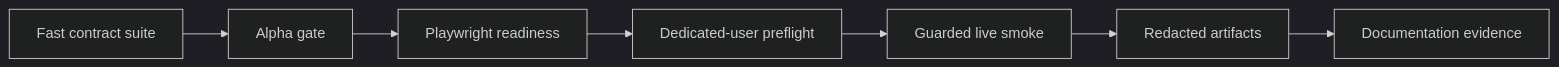
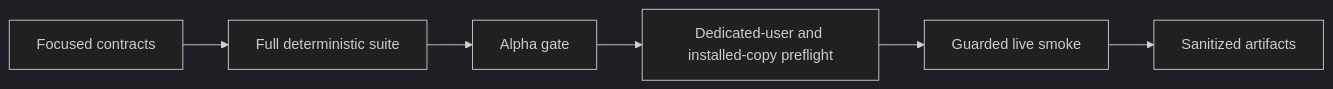
One commit to MentallyQuill/Recursion changed the diagram in docs/testing/TESTING_STRATEGY.md. Above: the diagram before and after it, drawn with Mermaid (dark theme). The commit also changed other lines of this file and 32 other files, not shown here.

````diff
--- a/docs/testing/TESTING_STRATEGY.md
+++ b/docs/testing/TESTING_STRATEGY.md
@@ -12,9 +12,8 @@
 ```mermaid
 flowchart LR
-    Contract["Fast contract suite"] --> Alpha["Alpha gate"]
-    Alpha --> Playwright["Playwright readiness"]
-    Playwright --> Soak["Dedicated-user preflight"]
-    Soak --> Smoke["Guarded live smoke"]
-    Smoke --> Artifacts["Redacted artifacts"]
-    Artifacts --> Docs["Documentation evidence"]
+    Contract["Focused contracts"] --> Suite["Full deterministic suite"]
+    Suite --> Alpha["Alpha gate"]
+    Alpha --> Preflight["Dedicated-user and installed-copy preflight"]
+    Preflight --> Live["Guarded live smoke"]
+    Live --> Evidence["Sanitized artifacts"]
 ```
````
